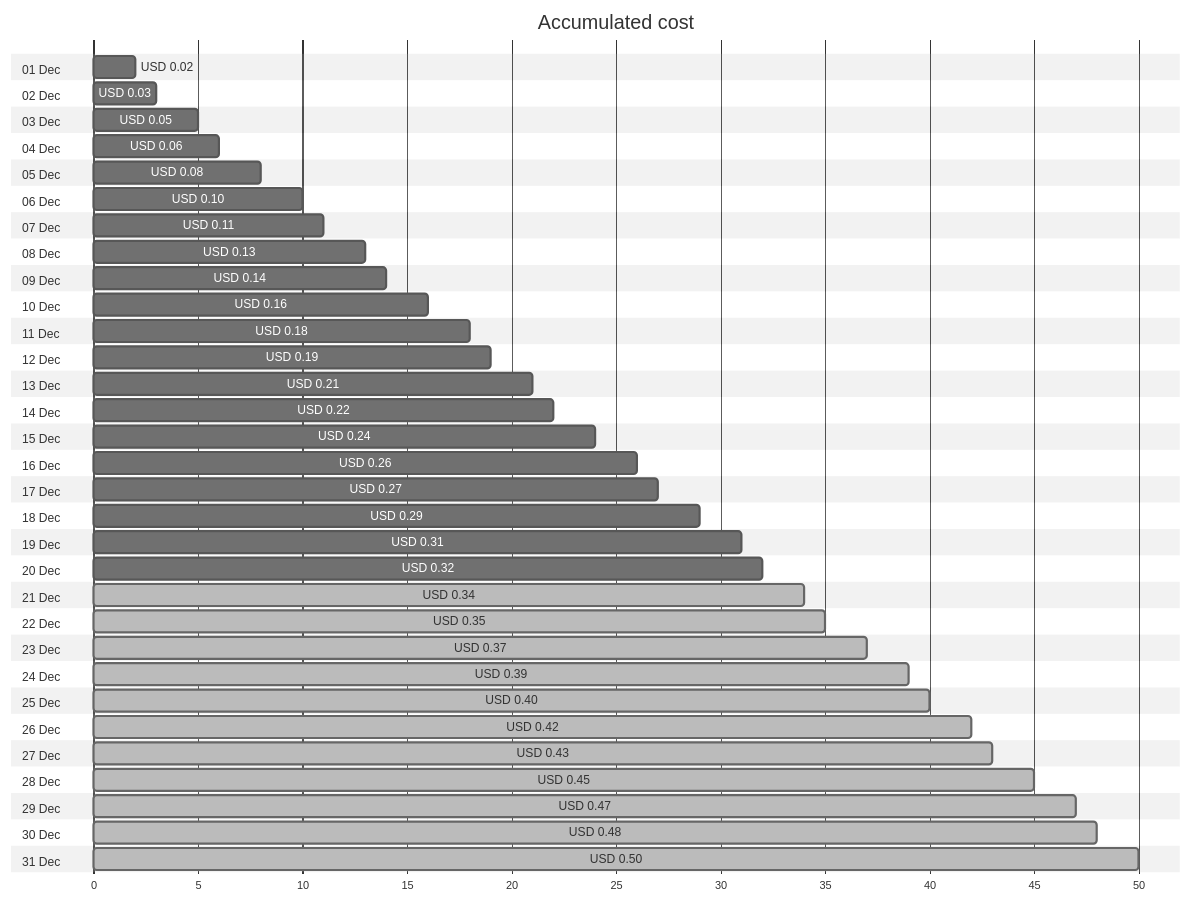
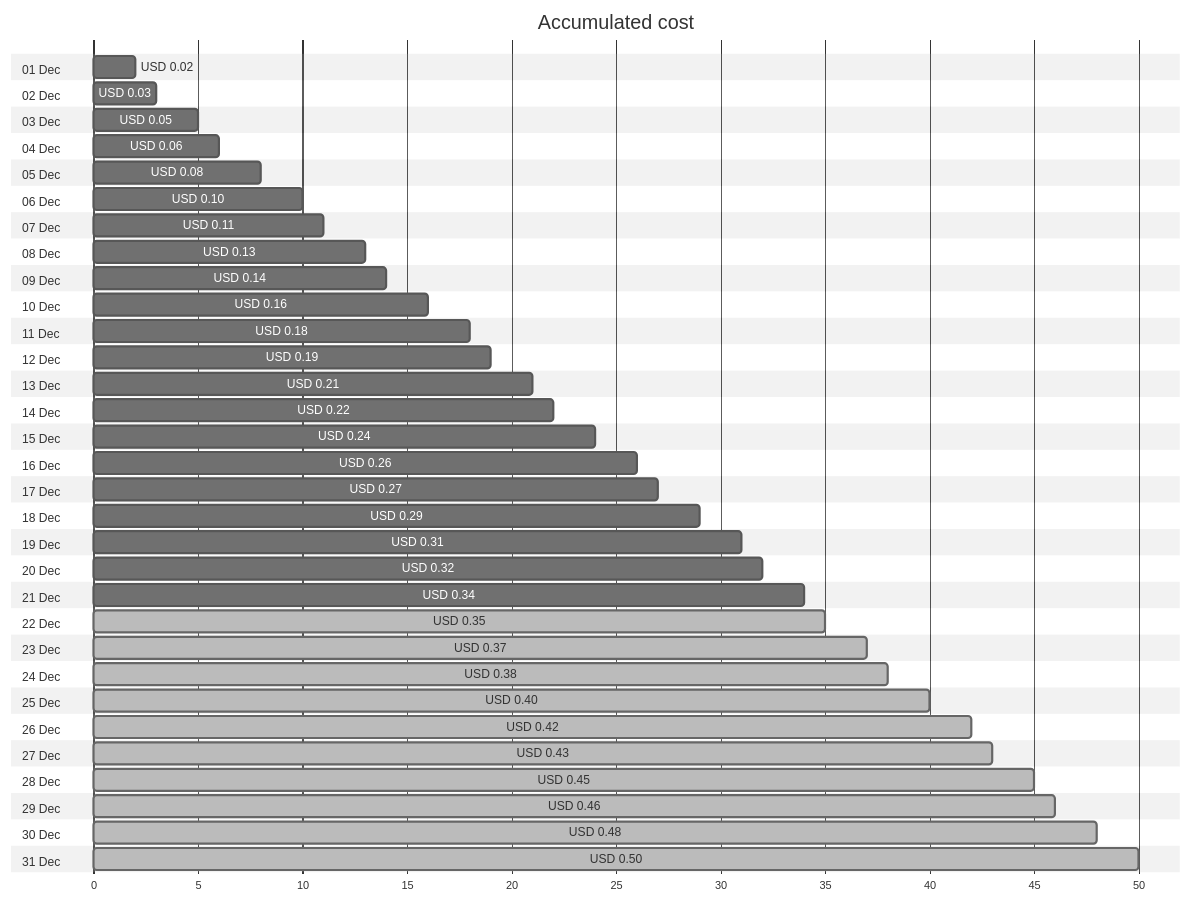
Before and after one commit to jpfulton/azure-personal-reports: the first of 4 diagrams in cost-reports/personal-network/private.jpatrickfulton.com.md, drawn with Mermaid (neutral theme). The commit also changed other lines of this file and 8 other files, not shown here.

````diff
--- a/cost-reports/personal-network/private.jpatrickfulton.com.md
+++ b/cost-reports/personal-network/private.jpatrickfulton.com.md
@@ -20,68 +20,68 @@
 ```mermaid
 gantt
    title Accumulated cost
    dateFormat  X
    axisFormat %s
    section 01 Dec
    USD 0.02 :0, 2
    section 02 Dec
    USD 0.03 :0, 3
    section 03 Dec
    USD 0.05 :0, 5
    section 04 Dec
    USD 0.06 :0, 6
    section 05 Dec
    USD 0.08 :0, 8
    section 06 Dec
    USD 0.10 :0, 10
    section 07 Dec
    USD 0.11 :0, 11
    section 08 Dec
    USD 0.13 :0, 13
    section 09 Dec
    USD 0.14 :0, 14
    section 10 Dec
    USD 0.16 :0, 16
    section 11 Dec
    USD 0.18 :0, 18
    section 12 Dec
    USD 0.19 :0, 19
    section 13 Dec
    USD 0.21 :0, 21
    section 14 Dec
    USD 0.22 :0, 22
    section 15 Dec
    USD 0.24 :0, 24
    section 16 Dec
    USD 0.26 :0, 26
    section 17 Dec
    USD 0.27 :0, 27
    section 18 Dec
    USD 0.29 :0, 29
    section 19 Dec
    USD 0.31 :0, 31
    section 20 Dec
    USD 0.32 :0, 32
    section 21 Dec
-   USD 0.34 : done, 0, 34
+   USD 0.34 :0, 34
    section 22 Dec
    USD 0.35 : done, 0, 35
    section 23 Dec
    USD 0.37 : done, 0, 37
    section 24 Dec
-   USD 0.39 : done, 0, 39
+   USD 0.38 : done, 0, 38
    section 25 Dec
    USD 0.40 : done, 0, 40
    section 26 Dec
    USD 0.42 : done, 0, 42
    section 27 Dec
    USD 0.43 : done, 0, 43
    section 28 Dec
    USD 0.45 : done, 0, 45
    section 29 Dec
-   USD 0.47 : done, 0, 47
+   USD 0.46 : done, 0, 46
    section 30 Dec
    USD 0.48 : done, 0, 48
    section 31 Dec
    USD 0.50 : done, 0, 50
 ```
````
